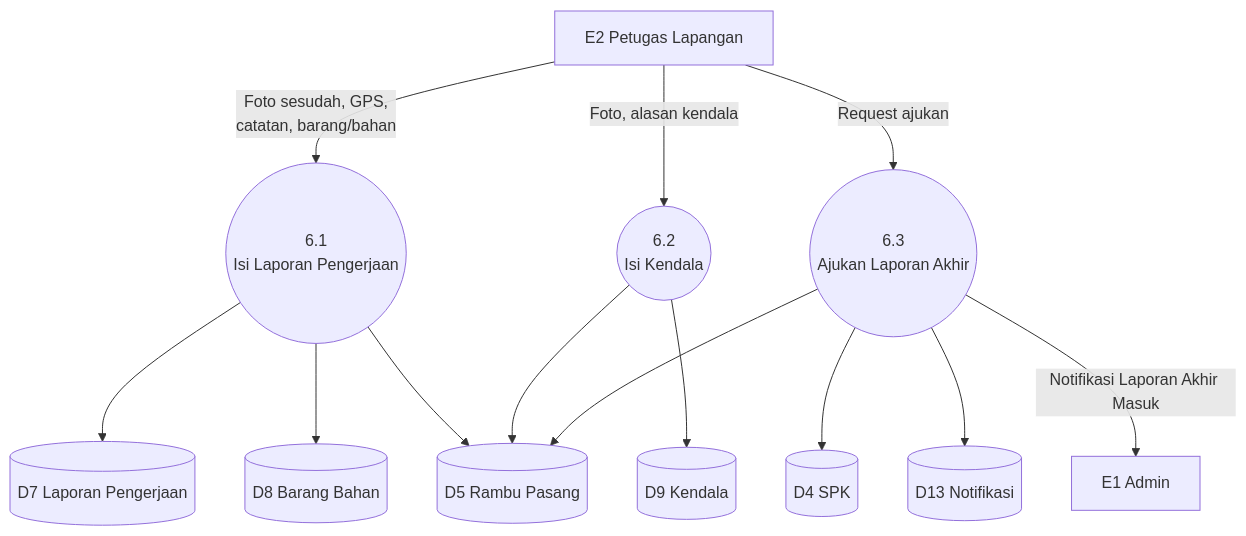
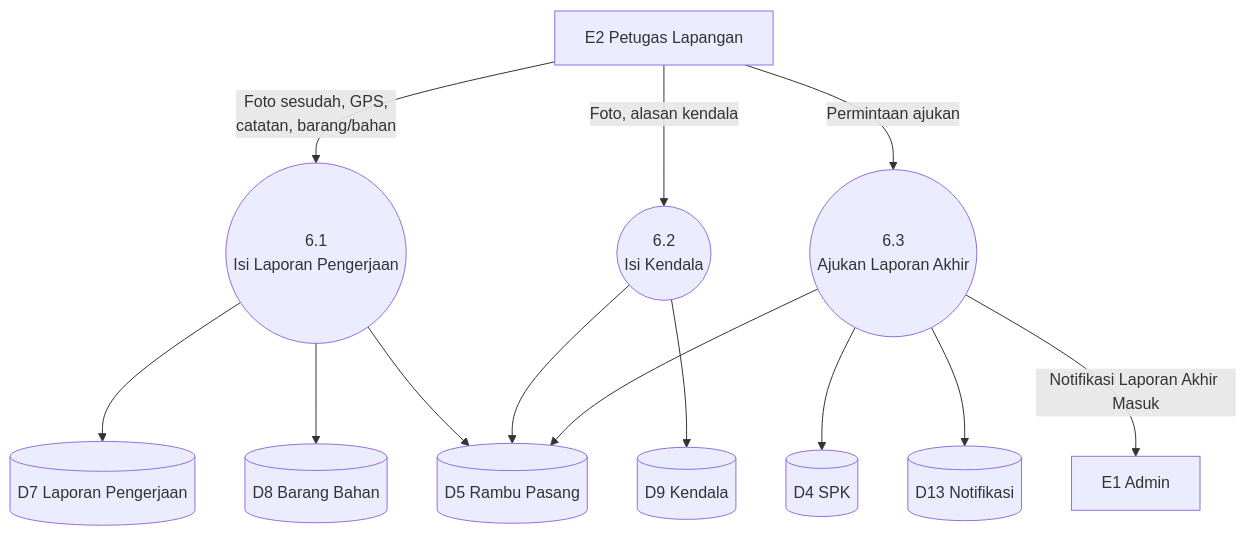
Before and after one commit to Omelette719/MARLIN: the fifth of 6 diagrams in docs/DFD.md, drawn with Mermaid. The commit also changed other lines of this file and 11 other files, not shown here.

````diff
--- a/docs/DFD.md
+++ b/docs/DFD.md
@@ -358,30 +382,30 @@
 ```mermaid
 flowchart TD
     Petugas[E2 Petugas Lapangan]
 
     P61((6.1<br/>Isi Laporan Pengerjaan))
     P62((6.2<br/>Isi Kendala))
     P63((6.3<br/>Ajukan Laporan Akhir))
 
     D4[(D4 SPK)]
     D5[(D5 Rambu Pasang)]
     D7[(D7 Laporan Pengerjaan)]
     D8[(D8 Barang Bahan)]
     D9[(D9 Kendala)]
     D13[(D13 Notifikasi)]
 
     Petugas -- "Foto sesudah, GPS,<br/>catatan, barang/bahan" --> P61
     P61 --> D7
     P61 --> D8
     P61 --> D5
 
     Petugas -- "Foto, alasan kendala" --> P62
     P62 --> D9
     P62 --> D5
 
-    Petugas -- "Request ajukan" --> P63
+    Petugas -- "Permintaan ajukan" --> P63
     P63 --> D5
     P63 --> D4
     P63 --> D13
     P63 -- "Notifikasi Laporan Akhir Masuk" --> Admin[E1 Admin]
 ```
````
